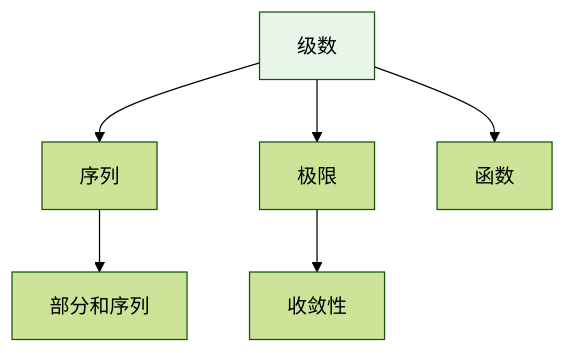
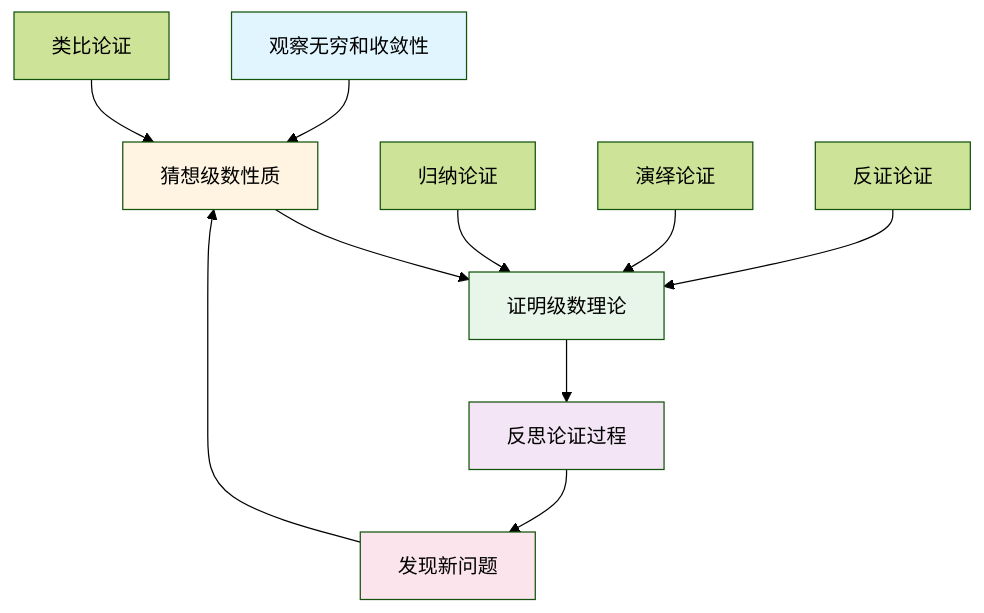
Before and after one commit to AdaMartin18010/FormalMath: the fifth of 10 diagrams in concept/核心概念/17-级数.md, drawn with Mermaid (forest theme). The commit also changed other lines of this file and 4793 other files, not shown here.

````diff
--- a/concept/核心概念/17-级数.md
+++ b/concept/核心概念/17-级数.md
@@ -655,10 +1475,19 @@
 ```mermaid
 graph TD
-    A[级数] --> B[序列]
-    A --> C[极限]
-    A --> D[函数]
-    B --> E[部分和序列]
-    C --> F[收敛性]
+    A[观察无穷和收敛性] --> B[猜想级数性质]
+    B --> C[证明级数理论]
+    C --> D[反思论证过程]
+    D --> E[发现新问题]
+    E --> B
 
-    style A fill:#e8f5e9
+    F[归纳论证] --> C
+    G[演绎论证] --> C
+    H[类比论证] --> B
+    I[反证论证] --> C
+
+    style A fill:#e1f5ff
+    style B fill:#fff4e1
+    style C fill:#e8f5e9
+    style D fill:#f3e5f5
+    style E fill:#fce4ec
 ```
````
